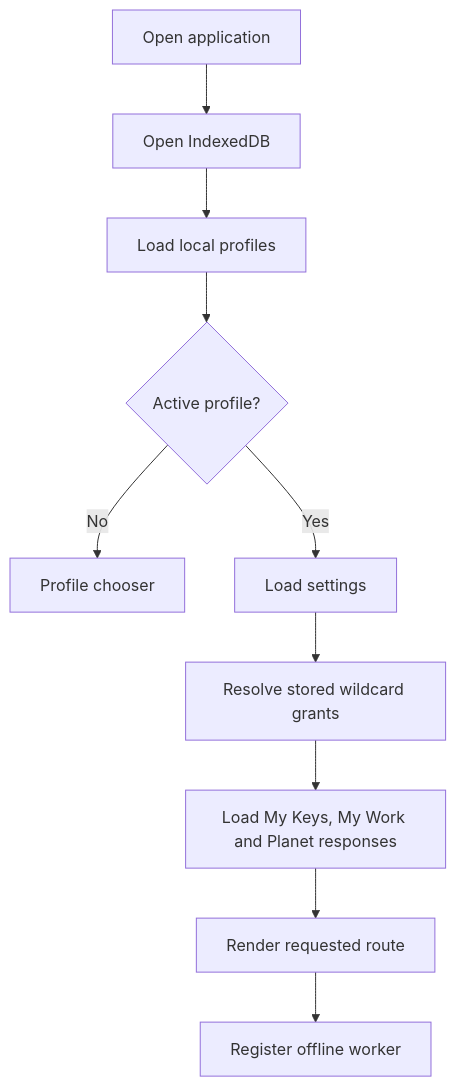
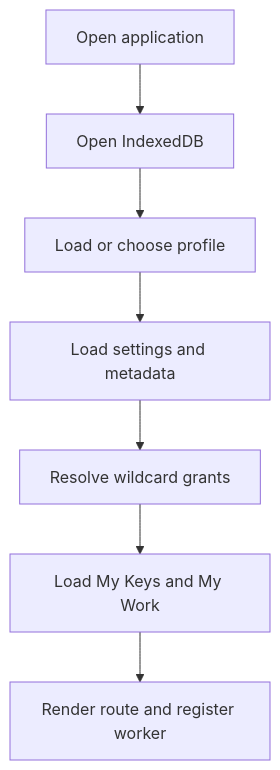
Before and after one commit to 6wyk5wz8rf-star/Autumn---How-can-we-look-after-our-planet-: the first of 4 diagrams in docs/ARCHITECTURE.md, drawn with Mermaid. The commit also changed other lines of this file and 49 other files, not shown here.

````diff
--- a/docs/ARCHITECTURE.md
+++ b/docs/ARCHITECTURE.md
@@ -20,12 +34,9 @@
 ```mermaid
 flowchart TD
     A[Open application] --> B[Open IndexedDB]
-    B --> C[Load local profiles]
-    C --> D{Active profile?}
-    D -- No --> E[Profile chooser]
-    D -- Yes --> F[Load settings]
-    F --> G[Resolve stored wildcard grants]
-    G --> H[Load My Keys, My Work and Planet responses]
-    H --> I[Render requested route]
-    I --> J[Register offline worker]
+    B --> C[Load or choose profile]
+    C --> D[Load settings and metadata]
+    D --> E[Resolve wildcard grants]
+    E --> F[Load My Keys and My Work]
+    F --> G[Render route and register worker]
 ```
````
